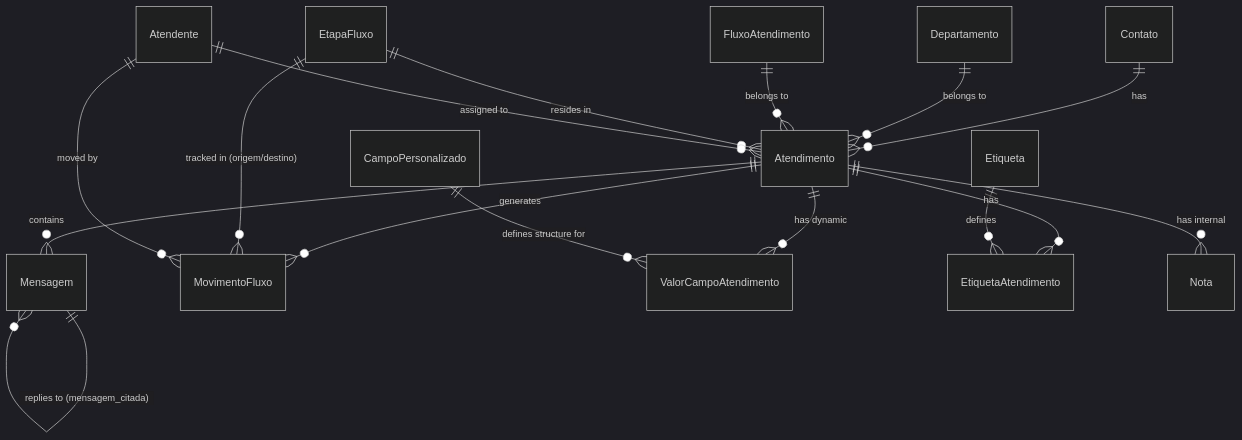
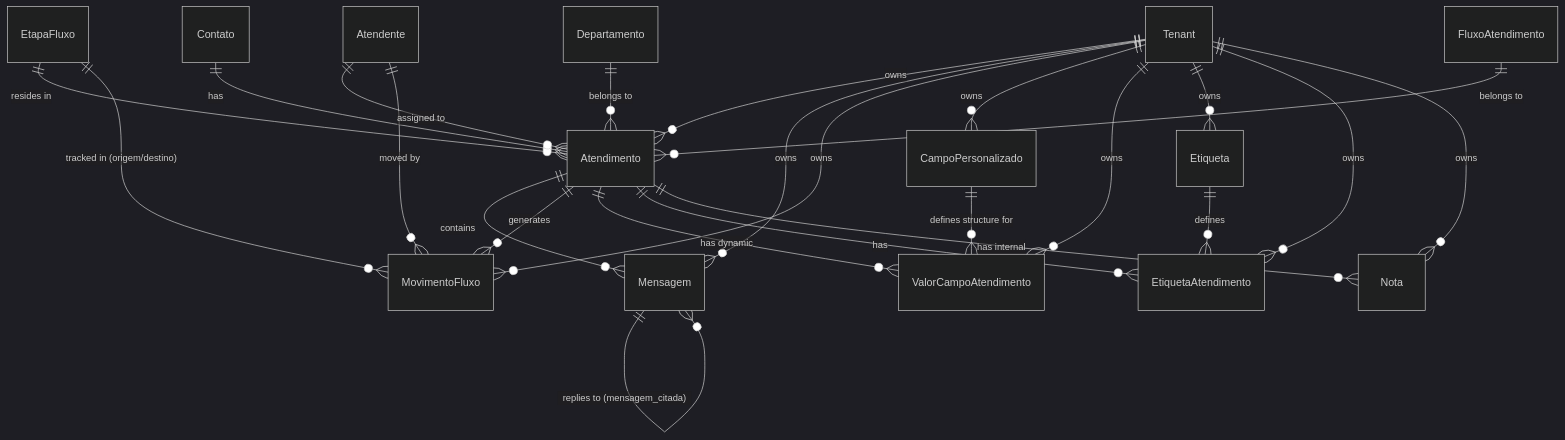
The diagram in smart-agent-config/doc_dev/modelagem_dados/04_modulo_atendimentos.md (pwlimaverde/smart-core-assistant-v2), drawn with Mermaid (dark theme) before and after one commit. The commit also changed other lines of this file and 11 other files, not shown here.

````diff
--- a/smart-agent-config/doc_dev/modelagem_dados/04_modulo_atendimentos.md
+++ b/smart-agent-config/doc_dev/modelagem_dados/04_modulo_atendimentos.md
@@ -9,18 +9,27 @@
 ```mermaid
 erDiagram
+    Tenant ||--o{ Atendimento : "owns"
+    Tenant ||--o{ Mensagem : "owns"
+    Tenant ||--o{ MovimentoFluxo : "owns"
+    Tenant ||--o{ CampoPersonalizado : "owns"
+    Tenant ||--o{ ValorCampoAtendimento : "owns"
+    Tenant ||--o{ Etiqueta : "owns"
+    Tenant ||--o{ EtiquetaAtendimento : "owns"
+    Tenant ||--o{ Nota : "owns"
+
     Contato ||--o{ Atendimento : "has"
     Departamento ||--o{ Atendimento : "belongs to"
     FluxoAtendimento ||--o{ Atendimento : "belongs to"
     EtapaFluxo ||--o{ Atendimento : "resides in"
     Atendente ||--o{ Atendimento : "assigned to"
     Atendimento ||--o{ Mensagem : "contains"
     Mensagem ||--o{ Mensagem : "replies to (mensagem_citada)"
     Atendimento ||--o{ MovimentoFluxo : "generates"
     EtapaFluxo ||--o{ MovimentoFluxo : "tracked in (origem/destino)"
     Atendente ||--o{ MovimentoFluxo : "moved by"
     Atendimento ||--o{ ValorCampoAtendimento : "has dynamic"
     CampoPersonalizado ||--o{ ValorCampoAtendimento : "defines structure for"
     Atendimento ||--o{ EtiquetaAtendimento : "has"
     Etiqueta ||--o{ EtiquetaAtendimento : "defines"
     Atendimento ||--o{ Nota : "has internal"
 ```
````
